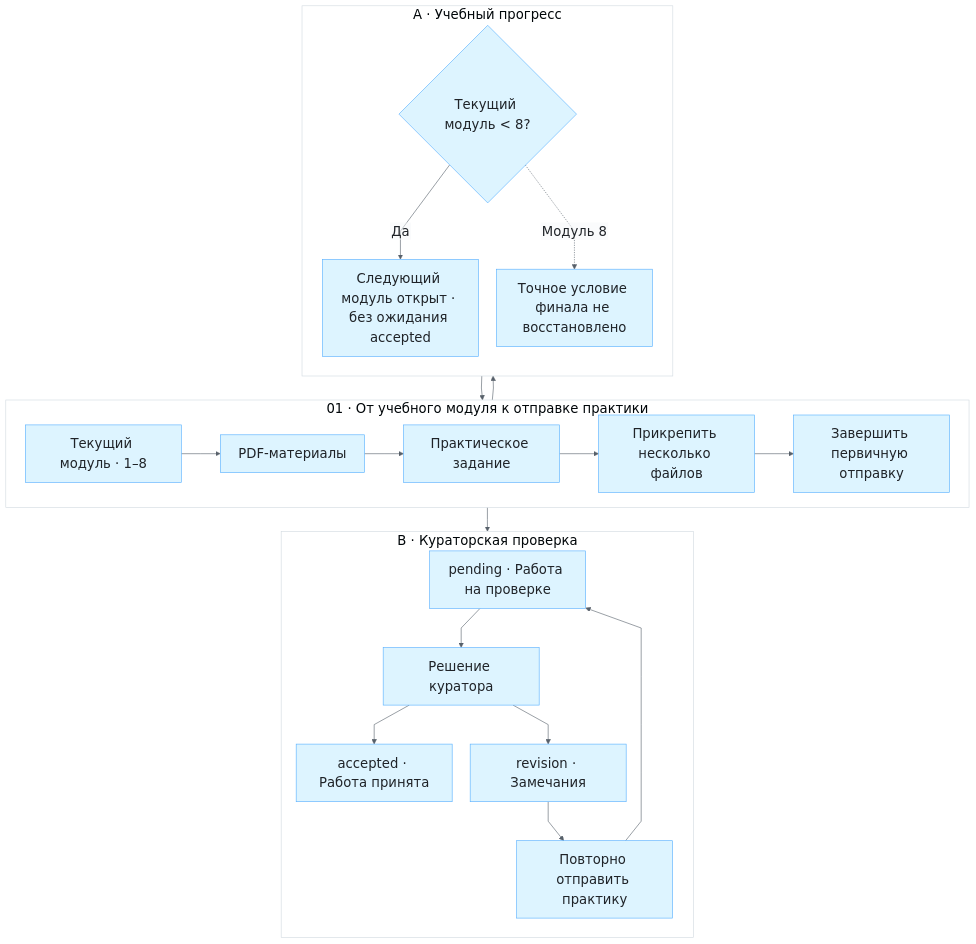
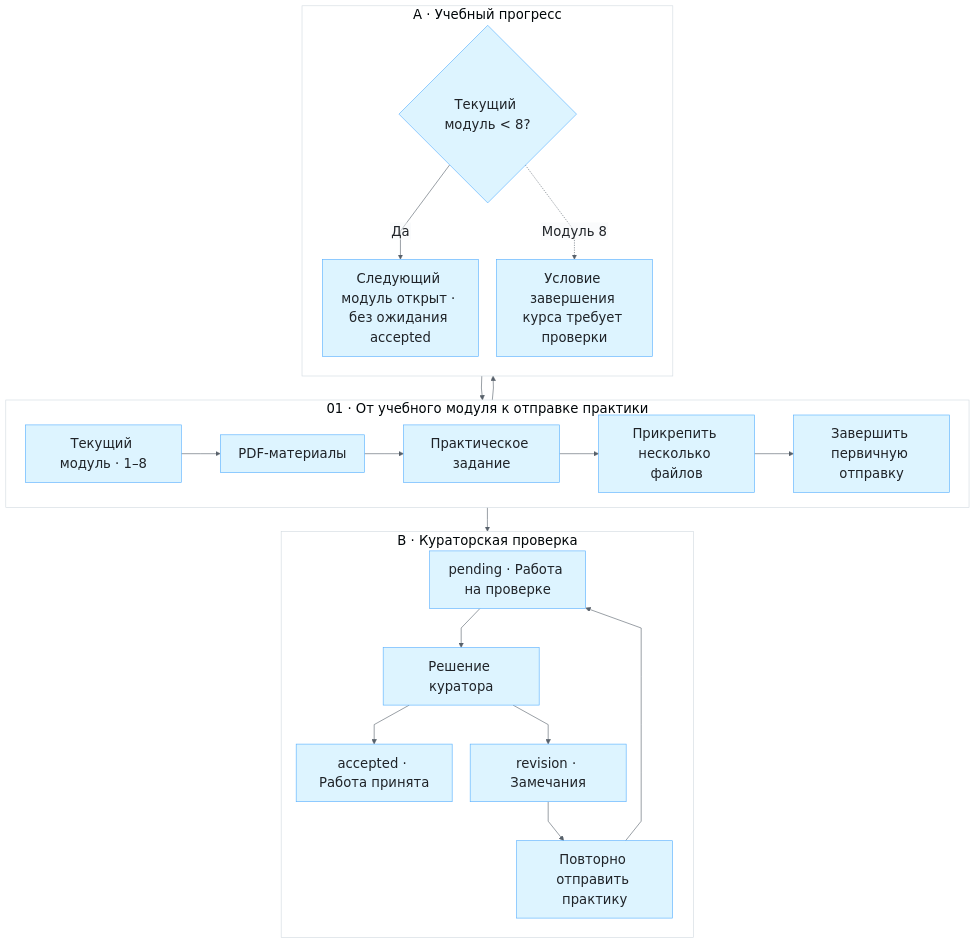
Before and after one commit to EugeneCodeCeo/learn-and-earn-case-studies: the diagram in paid-bot/architecture/homework-flow.mmd, drawn with Mermaid. The commit also changed 20 other files, not shown here.

```diff
--- a/paid-bot/architecture/homework-flow.mmd
+++ b/paid-bot/architecture/homework-flow.mmd
@@ -1,28 +1,28 @@
 %%{init: {"theme":"base","themeVariables":{"fontFamily":"Segoe UI, Arial, sans-serif","fontSize":"22px","primaryColor":"#ddf4ff","primaryTextColor":"#1f2328","primaryBorderColor":"#54aeff","lineColor":"#57606a","clusterBkg":"#ffffff","clusterBorder":"#d1d9e0","edgeLabelBackground":"#f6f8fa"},"flowchart":{"htmlLabels":false,"curve":"linear","nodeSpacing":30,"rankSpacing":40}}}%%
 flowchart TB
     subgraph initial["01 · От учебного модуля к отправке практики"]
         direction LR
         Module["Текущий модуль · 1–8"] --> PDF["PDF-материалы"]
         PDF --> Practice["Практическое задание"]
         Practice --> Files["Прикрепить несколько файлов"]
         Files --> Submit["Завершить первичную отправку"]
     end
     Submit --> progress
     Submit --> review
     subgraph progress["A · Учебный прогресс"]
         direction TB
         More{"Текущий модуль < 8?"} -->|"Да"| Next["Следующий модуль открыт · без ожидания accepted"]
-        More -.->|"Модуль 8"| Final["Точное условие финала не восстановлено"]
+        More -.->|"Модуль 8"| Final["Условие завершения курса требует проверки"]
         Next --> Module
     end
     subgraph review["B · Кураторская проверка"]
         direction TB
         Pending["pending · Работа на проверке"] --> Decision["Решение куратора"]
         Decision --> Accepted["accepted · Работа принята"]
         Decision --> Revision["revision · Замечания"]
         Revision --> Resubmit["Повторно отправить практику"]
         Resubmit --> Pending
     end
     %% Доступ к следующему модулю и статус практики независимы.
     %% Повторная отправка возвращается только в проверку.
     %% Условие финала после модуля 8 намеренно не реконструируется.
```
